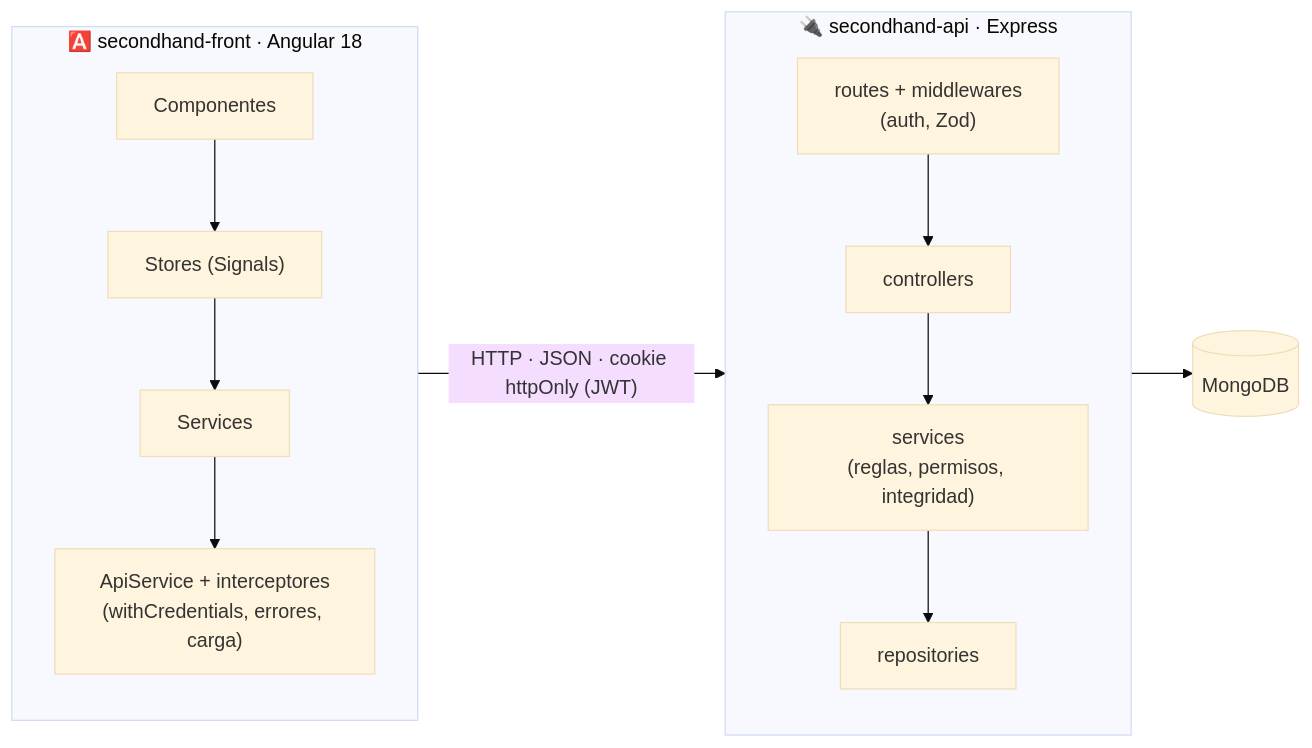
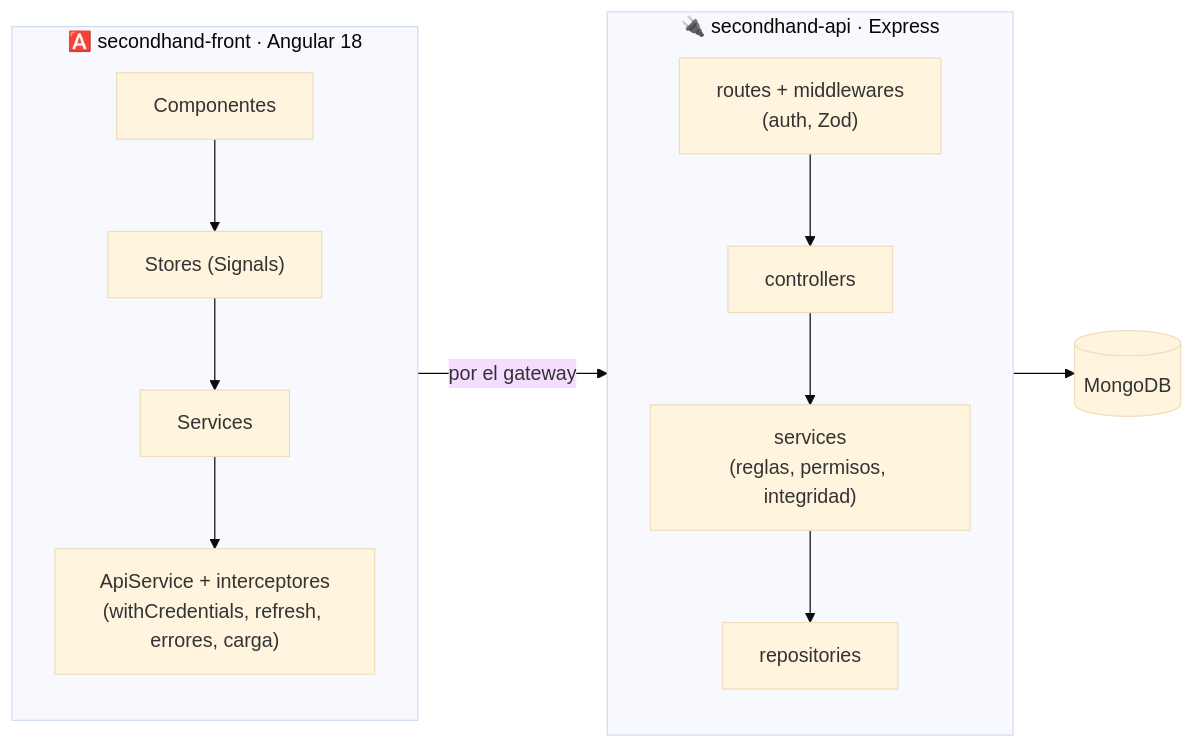
The second of 4 diagrams in README.md (Yonderus/ReviShop-Tienda-Segunda-Mano), drawn with Mermaid (base theme) before and after one commit. The commit also changed other lines of this file and 3 other files, not shown here.

Commit message:
docs: arquitectura con API Gateway y servicio de IA (D1)

````diff
--- a/README.md
+++ b/README.md
@@ -132,17 +158,17 @@
 ```mermaid
 flowchart LR
     subgraph FRONT["🅰️ secondhand-front · Angular 18"]
         direction TB
         CMP[Componentes] --> ST["Stores (Signals)"]
         ST --> SV[Services]
-        SV --> API["ApiService + interceptores<br/>(withCredentials, errores, carga)"]
+        SV --> API["ApiService + interceptores<br/>(withCredentials, refresh, errores, carga)"]
     end
     subgraph BACK["🔌 secondhand-api · Express"]
         direction TB
         RT["routes + middlewares<br/>(auth, Zod)"] --> CT[controllers]
         CT --> SR["services<br/>(reglas, permisos, integridad)"]
         SR --> RP[repositories]
     end
-    API -- "HTTP · JSON · cookie httpOnly (JWT)" --> RT
+    API -- "por el gateway" --> RT
     RP --> DB[("MongoDB")]
 ```
````
